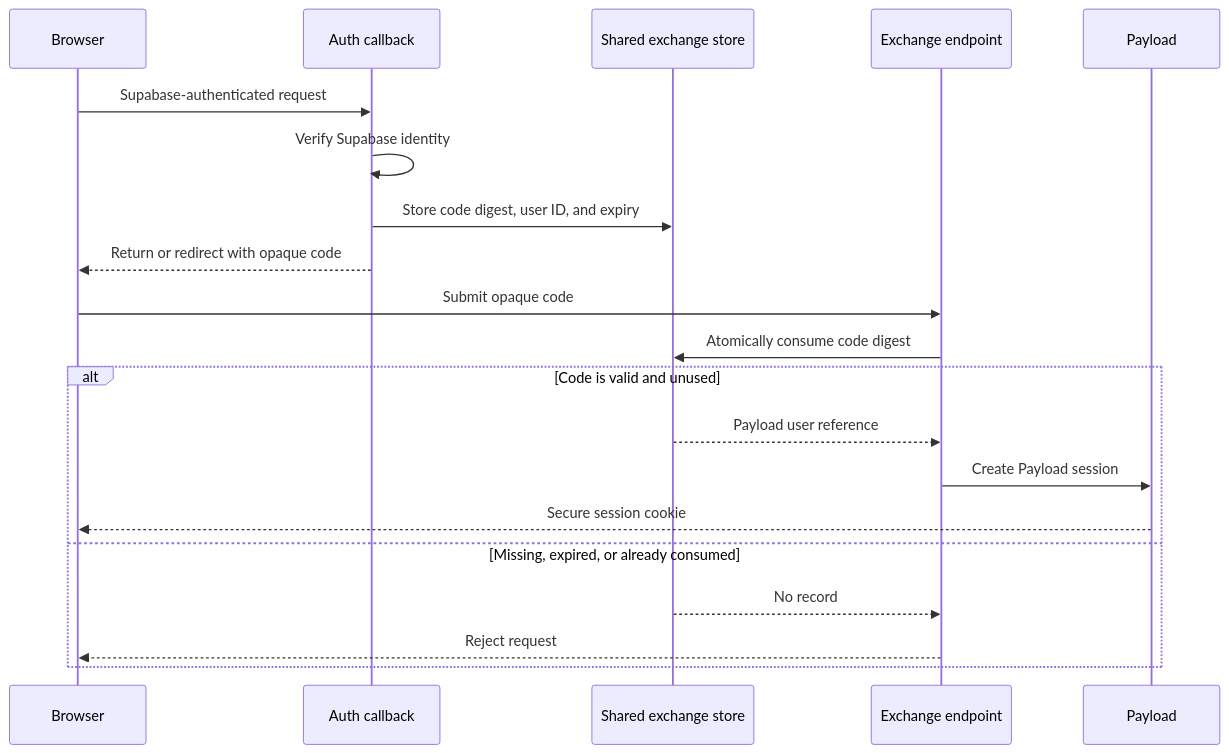
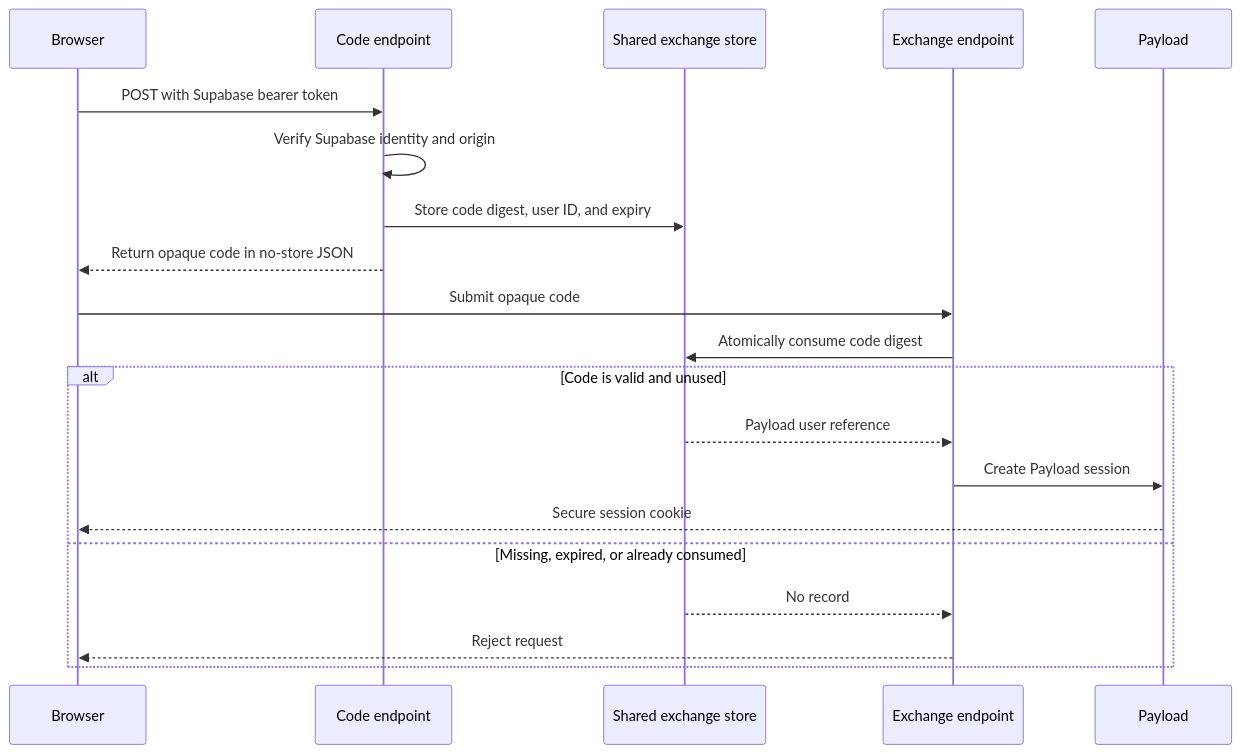
The diagram in docs/token-exchange.md (dombestein-data/payload-supabase-auth), drawn with Mermaid before and after one commit. The commit also changed other lines of this file and 67 other files, not shown here.

````diff
--- a/docs/token-exchange.md
+++ b/docs/token-exchange.md
@@ -30,24 +34,24 @@
 ```mermaid
 sequenceDiagram
     participant Browser
-    participant Callback as Auth callback
+    participant Issue as Code endpoint
     participant Store as Shared exchange store
     participant Exchange as Exchange endpoint
     participant Payload
 
-    Browser->>Callback: Supabase-authenticated request
-    Callback->>Callback: Verify Supabase identity
-    Callback->>Store: Store code digest, user ID, and expiry
-    Callback-->>Browser: Return or redirect with opaque code
+    Browser->>Issue: POST with Supabase bearer token
+    Issue->>Issue: Verify Supabase identity and origin
+    Issue->>Store: Store code digest, user ID, and expiry
+    Issue-->>Browser: Return opaque code in no-store JSON
     Browser->>Exchange: Submit opaque code
     Exchange->>Store: Atomically consume code digest
 
     alt Code is valid and unused
         Store-->>Exchange: Payload user reference
         Exchange->>Payload: Create Payload session
         Payload-->>Browser: Secure session cookie
     else Missing, expired, or already consumed
         Store-->>Exchange: No record
         Exchange-->>Browser: Reject request
     end
 ```
````
